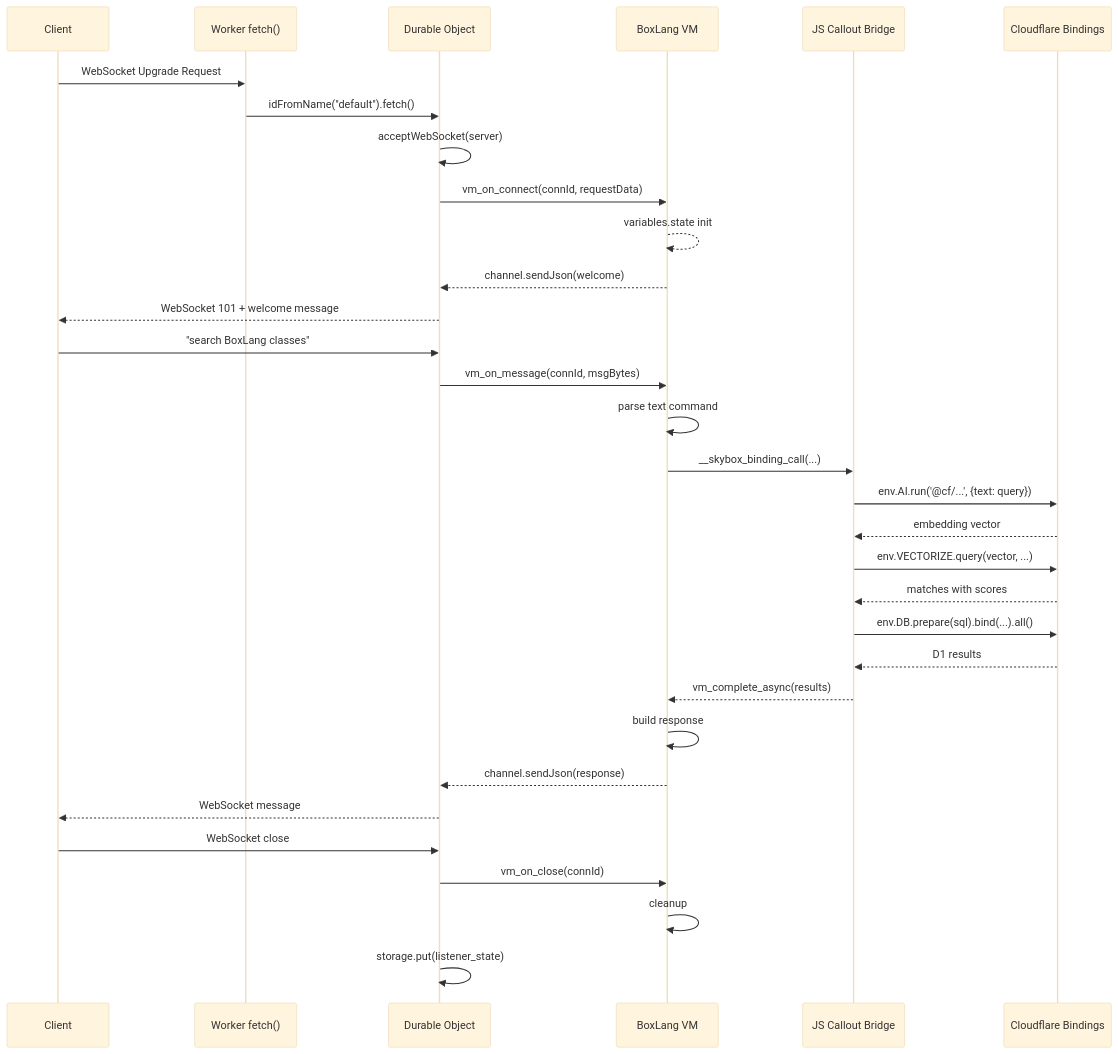
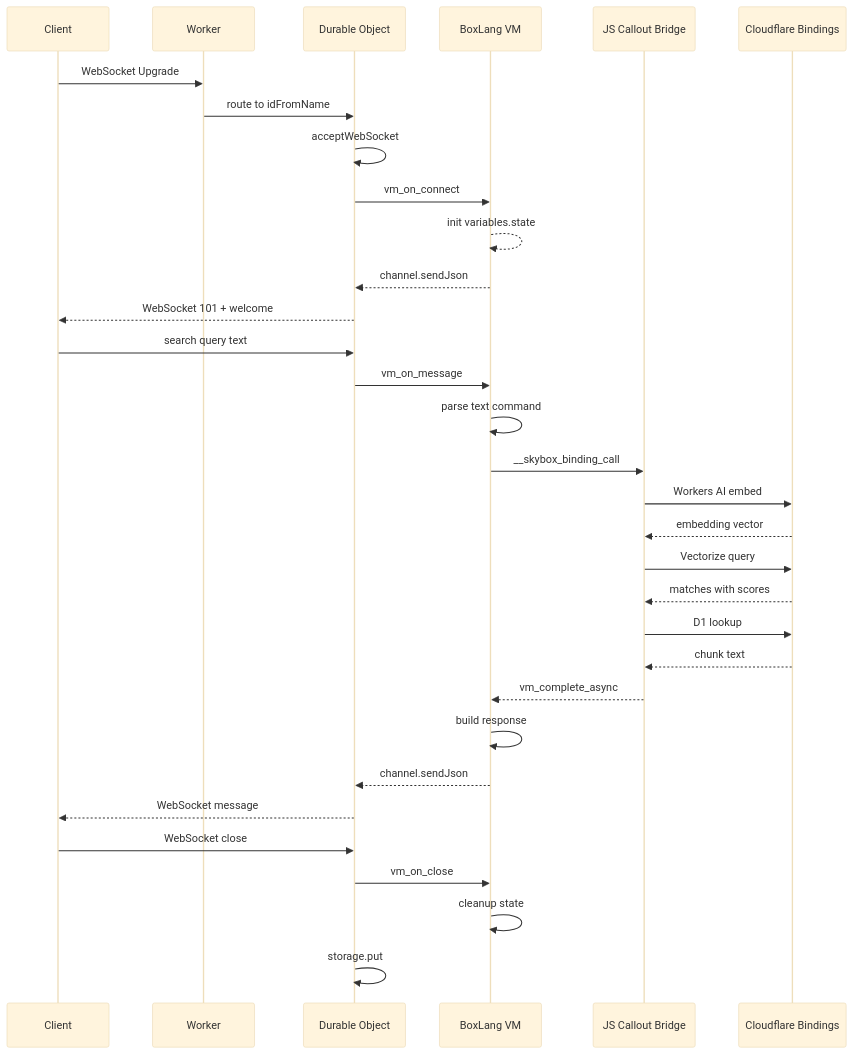
One commit to r3c0nc1l3r/SkyBox changed the third of 3 diagrams in README.md. Above: the diagram before and after it, drawn with Mermaid (base theme). The commit also changed other lines of this file and 2 other files, not shown here.

First line of the commit message:
fix: fix mermaid diagram parse issues, add WIP notice, add diagram validation docs

````diff
--- a/README.md
+++ b/README.md
@@ -80,37 +81,37 @@
 ```mermaid
 sequenceDiagram
     participant C as Client
-    participant W as Worker fetch()
+    participant W as Worker
     participant DO as Durable Object
     participant VM as BoxLang VM
     participant JS as JS Callout Bridge
     participant CF as Cloudflare Bindings
 
-    C->>W: WebSocket Upgrade Request
-    W->>DO: idFromName("default").fetch()
-    DO->>DO: acceptWebSocket(server)
-    DO->>VM: vm_on_connect(connId, requestData)
-    VM-->>VM: variables.state init
-    VM-->>DO: channel.sendJson(welcome)
-    DO-->>C: WebSocket 101 + welcome message
+    C->>W: WebSocket Upgrade
+    W->>DO: route to idFromName
+    DO->>DO: acceptWebSocket
+    DO->>VM: vm_on_connect
+    VM-->>VM: init variables.state
+    VM-->>DO: channel.sendJson
+    DO-->>C: WebSocket 101 + welcome
 
-    C->>DO: "search BoxLang classes"
-    DO->>VM: vm_on_message(connId, msgBytes)
+    C->>DO: search query text
+    DO->>VM: vm_on_message
     VM->>VM: parse text command
-    VM->>JS: __skybox_binding_call(...)
-    JS->>CF: env.AI.run('@cf/...', {text: query})
+    VM->>JS: __skybox_binding_call
+    JS->>CF: Workers AI embed
     CF-->>JS: embedding vector
-    JS->>CF: env.VECTORIZE.query(vector, ...)
+    JS->>CF: Vectorize query
     CF-->>JS: matches with scores
-    JS->>CF: env.DB.prepare(sql).bind(...).all()
-    CF-->>JS: D1 results
-    JS-->>VM: vm_complete_async(results)
+    JS->>CF: D1 lookup
+    CF-->>JS: chunk text
+    JS-->>VM: vm_complete_async
     VM->>VM: build response
-    VM-->>DO: channel.sendJson(response)
+    VM-->>DO: channel.sendJson
     DO-->>C: WebSocket message
 
     C->>DO: WebSocket close
-    DO->>VM: vm_on_close(connId)
-    VM->>VM: cleanup
-    DO->>DO: storage.put(listener_state)
+    DO->>VM: vm_on_close
+    VM->>VM: cleanup state
+    DO->>DO: storage.put
 ```
````
